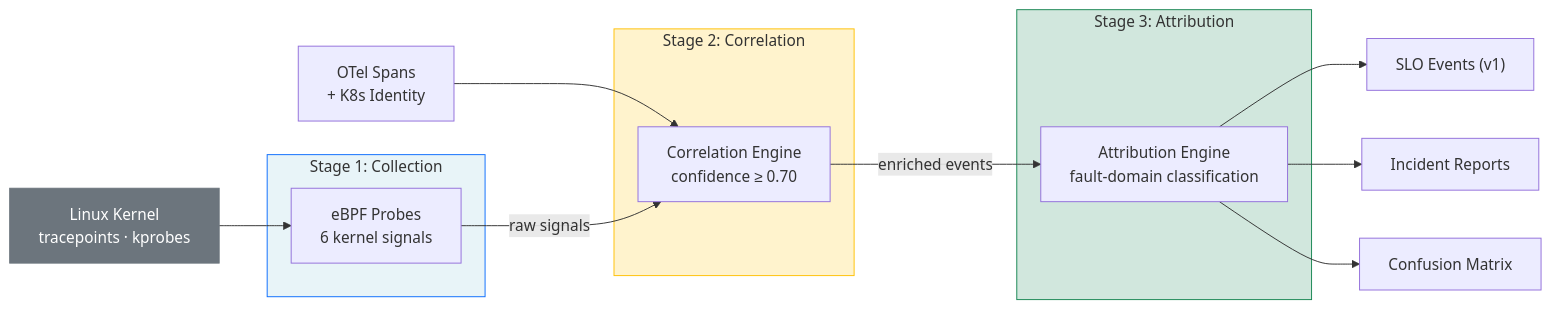
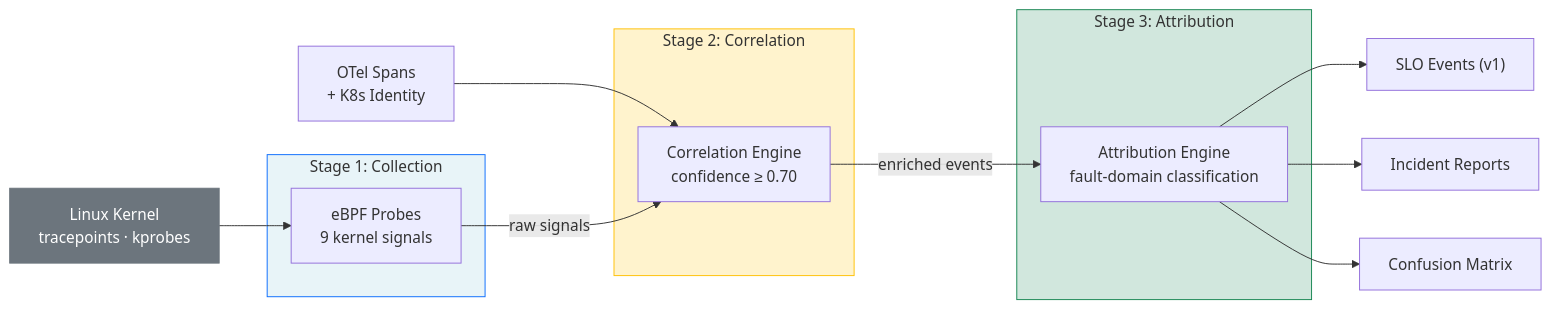
The second of 10 diagrams in README.md (ogulcanaydogan/LLM-SLO-eBPF-Toolkit), drawn with Mermaid before and after one commit. The commit also changed other lines of this file and 38 other files, not shown here.

````diff
--- a/README.md
+++ b/README.md
@@ -51,27 +51,27 @@
 ```mermaid
 graph LR
     subgraph S1["Stage 1: Collection"]
-        EBPF["eBPF Probes<br/>6 kernel signals"]
+        EBPF["eBPF Probes<br/>9 kernel signals"]
     end
 
     subgraph S2["Stage 2: Correlation"]
         CORR["Correlation Engine<br/>confidence ≥ 0.70"]
     end
 
     subgraph S3["Stage 3: Attribution"]
         ATTR["Attribution Engine<br/>fault-domain classification"]
     end
 
     KERNEL["Linux Kernel<br/>tracepoints · kprobes"] --> EBPF
     OTEL["OTel Spans<br/>+ K8s Identity"] --> CORR
     EBPF -->|"raw signals"| CORR
     CORR -->|"enriched events"| ATTR
     ATTR --> OUT1["SLO Events (v1)"]
     ATTR --> OUT2["Incident Reports"]
     ATTR --> OUT3["Confusion Matrix"]
 
     style S1 fill:#e8f4f8,stroke:#0d6efd
     style S2 fill:#fff3cd,stroke:#ffc107
     style S3 fill:#d1e7dd,stroke:#198754
     style KERNEL fill:#6c757d,color:#fff,stroke:#6c757d
 ```
````
